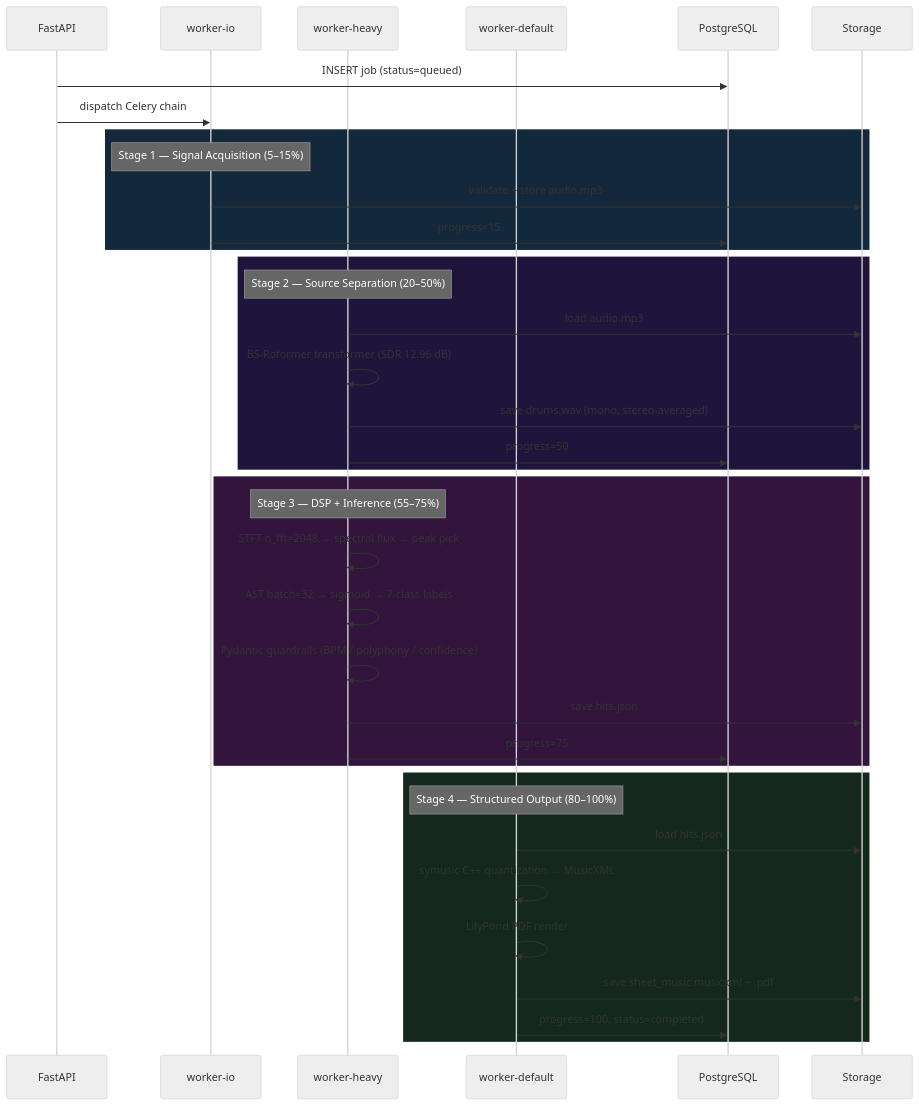
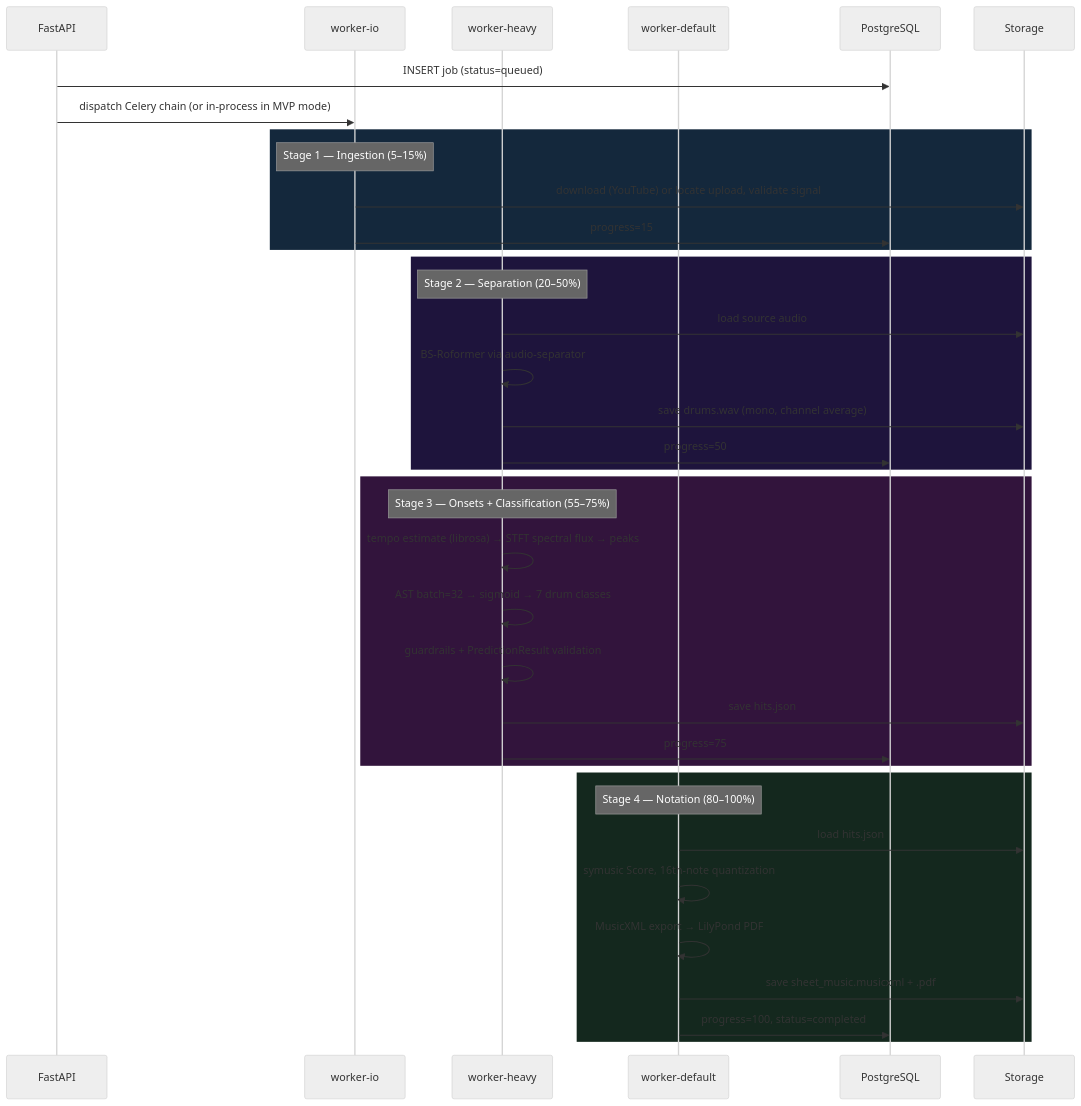
One commit to MatPizzolo/Automatic-Drum-Transcription changed the second of 3 diagrams in README.md. Above: the diagram before and after it, drawn with Mermaid (neutral theme). The commit also changed other lines of this file and 1 other file, not shown here.

````diff
--- a/README.md
+++ b/README.md
@@ -93,44 +103,44 @@
 ```mermaid
 sequenceDiagram
     participant API as FastAPI
     participant IO  as worker-io
     participant HV  as worker-heavy
     participant DF  as worker-default
     participant DB  as PostgreSQL
     participant S3  as Storage
 
     API->>DB: INSERT job (status=queued)
-    API->>IO: dispatch Celery chain
+    API->>IO: dispatch Celery chain (or in-process in MVP mode)
 
     rect rgb(20, 40, 60)
-    Note over IO: Stage 1 — Signal Acquisition (5–15%)
-    IO->>S3: validate + store audio.mp3
+    Note over IO: Stage 1 — Ingestion (5–15%)
+    IO->>S3: download (YouTube) or locate upload, validate signal
     IO->>DB: progress=15
     end
 
     rect rgb(30, 20, 60)
-    Note over HV: Stage 2 — Source Separation (20–50%)
-    HV->>S3: load audio.mp3
-    HV->>HV: BS-Roformer transformer (SDR 12.96 dB)
-    HV->>S3: save drums.wav (mono, stereo-averaged)
+    Note over HV: Stage 2 — Separation (20–50%)
+    HV->>S3: load source audio
+    HV->>HV: BS-Roformer via audio-separator
+    HV->>S3: save drums.wav (mono, channel average)
     HV->>DB: progress=50
     end
 
     rect rgb(50, 20, 60)
-    Note over HV: Stage 3 — DSP + Inference (55–75%)
-    HV->>HV: STFT n_fft=2048 → spectral flux → peak pick
-    HV->>HV: AST batch=32 → sigmoid → 7-class labels
-    HV->>HV: Pydantic guardrails (BPM / polyphony / confidence)
+    Note over HV: Stage 3 — Onsets + Classification (55–75%)
+    HV->>HV: tempo estimate (librosa) → STFT spectral flux → peaks
+    HV->>HV: AST batch=32 → sigmoid → 7 drum classes
+    HV->>HV: guardrails + PredictionResult validation
     HV->>S3: save hits.json
     HV->>DB: progress=75
     end
 
     rect rgb(20, 40, 30)
-    Note over DF: Stage 4 — Structured Output (80–100%)
+    Note over DF: Stage 4 — Notation (80–100%)
     DF->>S3: load hits.json
-    DF->>DF: symusic C++ quantization → MusicXML
-    DF->>DF: LilyPond PDF render
+    DF->>DF: symusic Score, 16th-note quantization
+    DF->>DF: MusicXML export → LilyPond PDF
     DF->>S3: save sheet_music.musicxml + .pdf
     DF->>DB: progress=100, status=completed
     end
 ```
````
